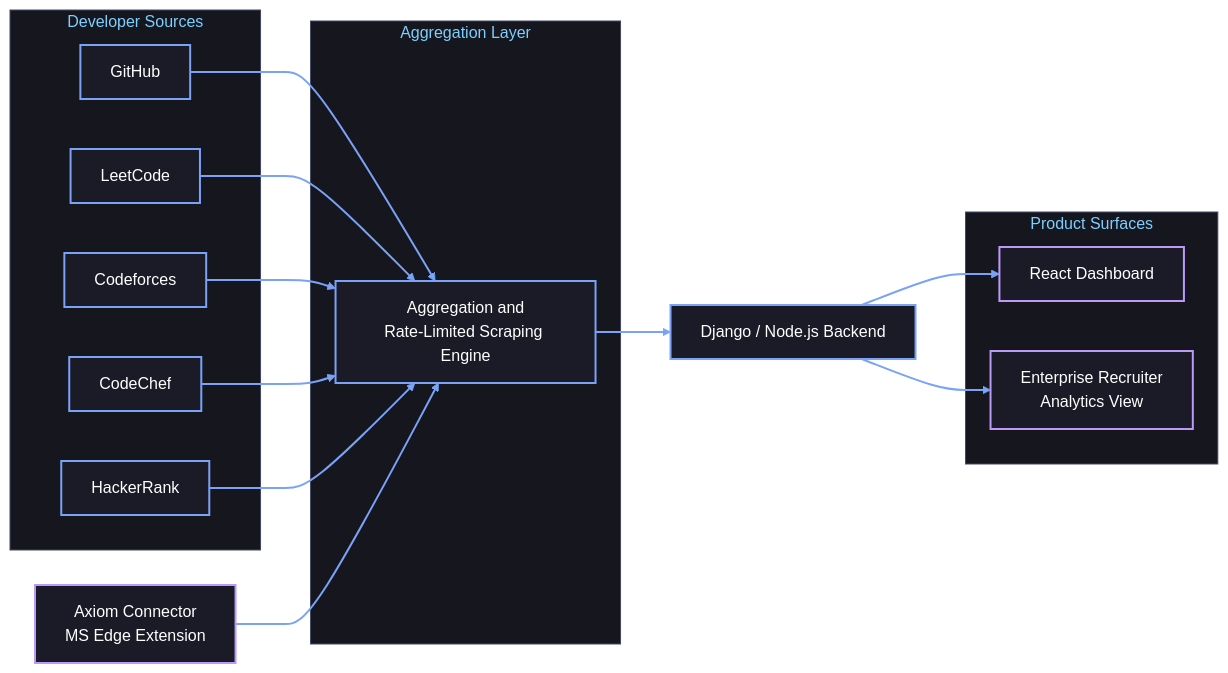
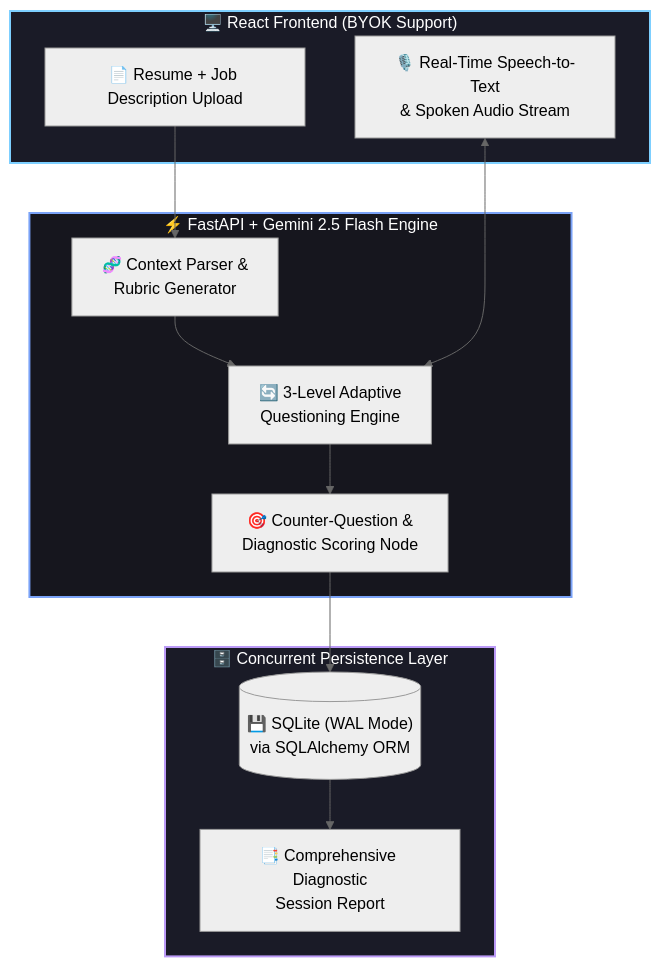
Before and after one commit to adarsh-dubey-gthb/adarsh-dubey-gthb: the second of 3 diagrams in README.md, drawn with Mermaid (neutral theme). The commit also changed other lines of this file, not shown here.

````diff
--- a/README.md
+++ b/README.md
@@ -101,42 +96,28 @@
 ```mermaid
-flowchart LR
-    subgraph SRC["Developer Sources"]
-        GH["GitHub"]
-        LC["LeetCode"]
-        CF["Codeforces"]
-        CC["CodeChef"]
-        HR["HackerRank"]
+flowchart TD
+    subgraph Client["🖥️ React Frontend (BYOK Support)"]
+        U1["📄 Resume + Job Description Upload"]
+        U2["🎙️ Real-Time Speech-to-Text<br/>& Spoken Audio Stream"]
     end
 
-    EXT["Axiom Connector<br/>MS Edge Extension"]
-
-    subgraph ENG["Aggregation Layer"]
-        SC["Aggregation and<br/>Rate-Limited Scraping Engine"]
+    subgraph Backend["⚡ FastAPI + Gemini 2.5 Flash Engine"]
+        E1["🧬 Context Parser &<br/>Rubric Generator"]
+        E2["🔄 3-Level Adaptive<br/>Questioning Engine"]
+        E3["🎯 Counter-Question &<br/>Diagnostic Scoring Node"]
+        E1 --> E2 --> E3
     end
 
-    BE["Django / Node.js Backend"]
-
-    subgraph UI["Product Surfaces"]
-        FE["React Dashboard"]
-        RA["Enterprise Recruiter<br/>Analytics View"]
+    subgraph Storage["🗄️ Concurrent Persistence Layer"]
+        S1[("💾 SQLite (WAL Mode)<br/>via SQLAlchemy ORM")]
+        S2["📑 Comprehensive Diagnostic<br/>Session Report"]
     end
 
-    GH --> SC
-    LC --> SC
-    CF --> SC
-    CC --> SC
-    HR --> SC
-    EXT --> SC
-    SC --> BE
-    BE --> FE
-    BE --> RA
+    U1 --> E1
+    U2 <--> E2
+    E3 --> S1 --> S2
 
-    classDef tokyo fill:#1a1b27,stroke:#7aa2f7,color:#fff,stroke-width:2px;
-    classDef accent fill:#1a1b27,stroke:#bb9af7,color:#fff,stroke-width:2px;
-    class GH,LC,CF,CC,HR,SC,BE tokyo;
-    class EXT,FE,RA accent;
-    style SRC fill:#16161e,stroke:#414868,color:#7dcfff
-    style ENG fill:#16161e,stroke:#414868,color:#7dcfff
-    style UI fill:#16161e,stroke:#414868,color:#7dcfff
-    linkStyle default stroke:#7aa2f7,stroke-width:2px
+    style Client fill:#1a1b27,stroke:#7dcfff,stroke-width:2px,color:#fff
+    style Backend fill:#16161e,stroke:#7aa2f7,stroke-width:2px,color:#fff
+    style Storage fill:#1a1b27,stroke:#bb9af7,stroke-width:2px,color:#fff
+
 ```
````
